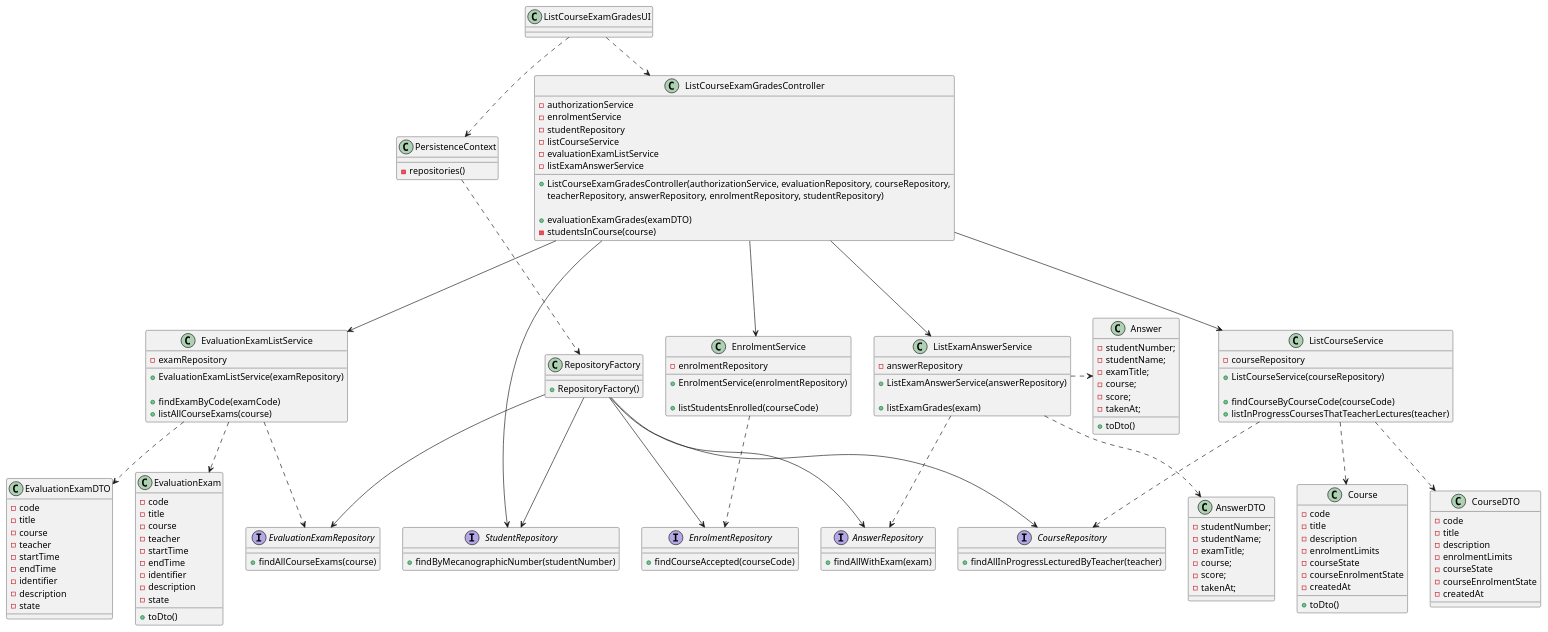
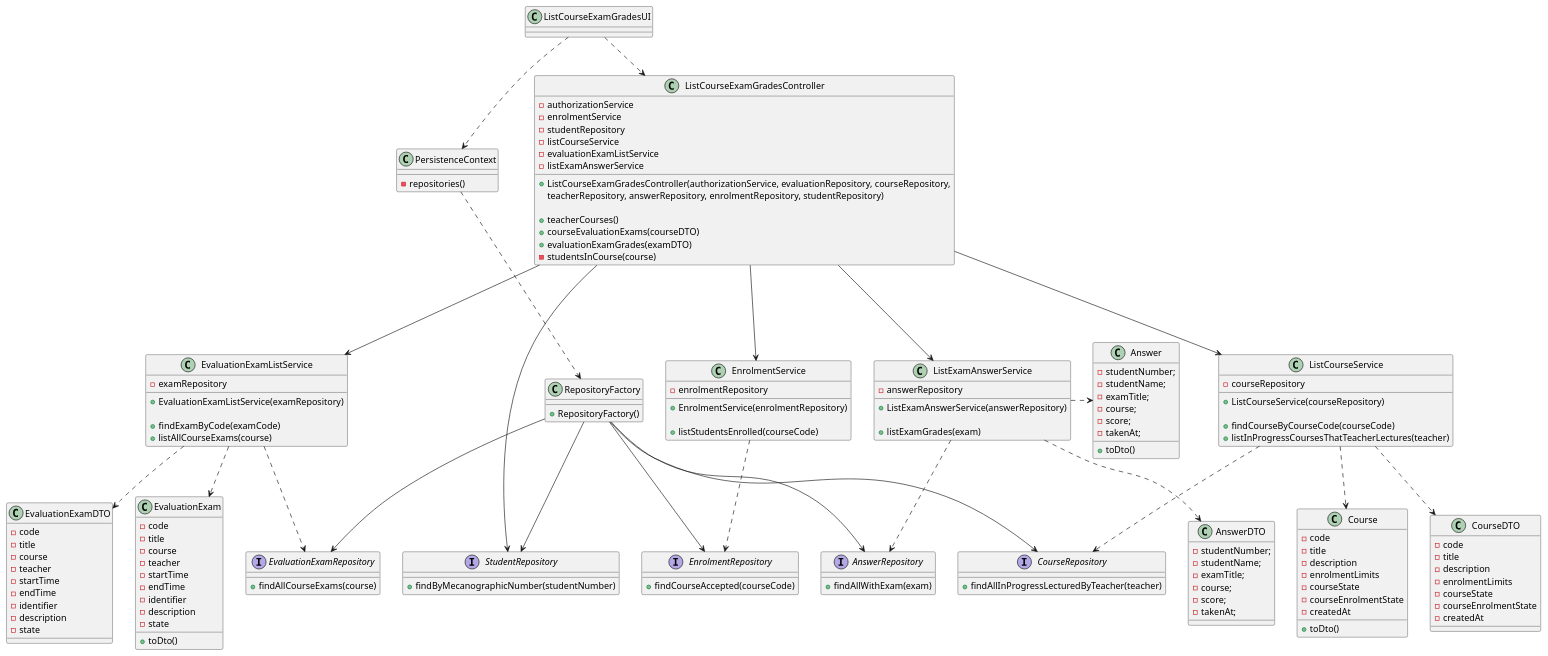
One commit to miseEnPlace-dev/lapr4 changed the diagram in docs/sprint-c/us38-2006/US2006_CD.puml. Above: the diagram before and after it, drawn with PlantUML. The commit also changed 7 other files, not shown here.

```diff
--- a/docs/sprint-c/us38-2006/US2006_CD.puml
+++ b/docs/sprint-c/us38-2006/US2006_CD.puml
@@ -1,188 +1,190 @@
 @startuml US2006_CD
 'https://plantuml.com/class-diagram
 
 class ListCourseExamGradesUI {
 
 }
 
 class ListCourseExamGradesController {
 - authorizationService
 - enrolmentService
 - studentRepository
 - listCourseService
 - evaluationExamListService
 - listExamAnswerService
 
 + ListCourseExamGradesController(authorizationService, evaluationRepository, courseRepository,
  teacherRepository, answerRepository, enrolmentRepository, studentRepository)
 
++ teacherCourses()
++ courseEvaluationExams(courseDTO)
 + evaluationExamGrades(examDTO)
 - studentsInCourse(course)
 }
 
 class Answer {
 - studentNumber;
 - studentName;
 - examTitle;
 - course;
 - score;
 - takenAt;
 
 + toDto()
 }
 
 class AnswerDTO {
 - studentNumber;
 - studentName;
 - examTitle;
 - course;
 - score;
 - takenAt;
 }
 
 interface AnswerRepository {
 + findAllWithExam(exam)
 }
 
 class ListExamAnswerService
 {
 - answerRepository
 
 + ListExamAnswerService(answerRepository)
 
 + listExamGrades(exam)
 }
 
 class ListCourseService {
 - courseRepository
 
 + ListCourseService(courseRepository)
 
 + findCourseByCourseCode(courseCode)
 + listInProgressCoursesThatTeacherLectures(teacher)
 }
 
 interface CourseRepository {
   + findAllInProgressLecturedByTeacher(teacher)
 }
 
 
 class Course {
   - code
   - title
   - description
   - enrolmentLimits
   - courseState
   - courseEnrolmentState
   - createdAt
 
   + toDto()
 }
 
 class CourseDTO {
   - code
   - title
   - description
   - enrolmentLimits
   - courseState
   - courseEnrolmentState
   - createdAt
 }
 
 interface EvaluationExamRepository {
 + findAllCourseExams(course)
 }
 
 
 class EvaluationExamListService {
 - examRepository
 
 + EvaluationExamListService(examRepository)
 
 + findExamByCode(examCode)
 + listAllCourseExams(course)
 }
 
 class EvaluationExamDTO {
 - code
 - title
 - course
 - teacher
 - startTime
 - endTime
 - identifier
 - description
 - state
 }
 
 class EvaluationExam {
 - code
 - title
 - course
 - teacher
 - startTime
 - endTime
 - identifier
 - description
 - state
 + toDto()
 }
 
 class EnrolmentService {
 - enrolmentRepository
 
 
 + EnrolmentService(enrolmentRepository)
 
 + listStudentsEnrolled(courseCode)
 }
 
 interface EnrolmentRepository {
 + findCourseAccepted(courseCode)
 }
 
 class RepositoryFactory {
   + RepositoryFactory()
 }
 
 interface StudentRepository {
   + findByMecanographicNumber(studentNumber)
 }
 
 
 class PersistenceContext {
   - repositories()
 }
 
 ListCourseExamGradesUI ..> ListCourseExamGradesController
 ListCourseExamGradesUI ..> PersistenceContext
 PersistenceContext ..> RepositoryFactory
 
 RepositoryFactory --> AnswerRepository
 RepositoryFactory --> CourseRepository
 RepositoryFactory --> EvaluationExamRepository
 RepositoryFactory --> EnrolmentRepository
 RepositoryFactory --> StudentRepository
 
 ListCourseExamGradesController ---> ListCourseService
 ListCourseExamGradesController ---> ListExamAnswerService
 ListCourseExamGradesController ---> EvaluationExamListService
 ListCourseExamGradesController ---> EnrolmentService
 ListCourseExamGradesController ---> StudentRepository
 
 EvaluationExamListService ..> EvaluationExam
 EvaluationExamListService ..> EvaluationExamDTO
 EvaluationExamListService ..> EvaluationExamRepository
 
 
 EnrolmentService ..> EnrolmentRepository
 
 ListCourseService ..> Course
 ListCourseService ..> CourseDTO
 ListCourseService ..> CourseRepository
 
 ListExamAnswerService .> Answer
 ListExamAnswerService ..> AnswerDTO
 ListExamAnswerService ..> AnswerRepository
 
 @enduml
```
